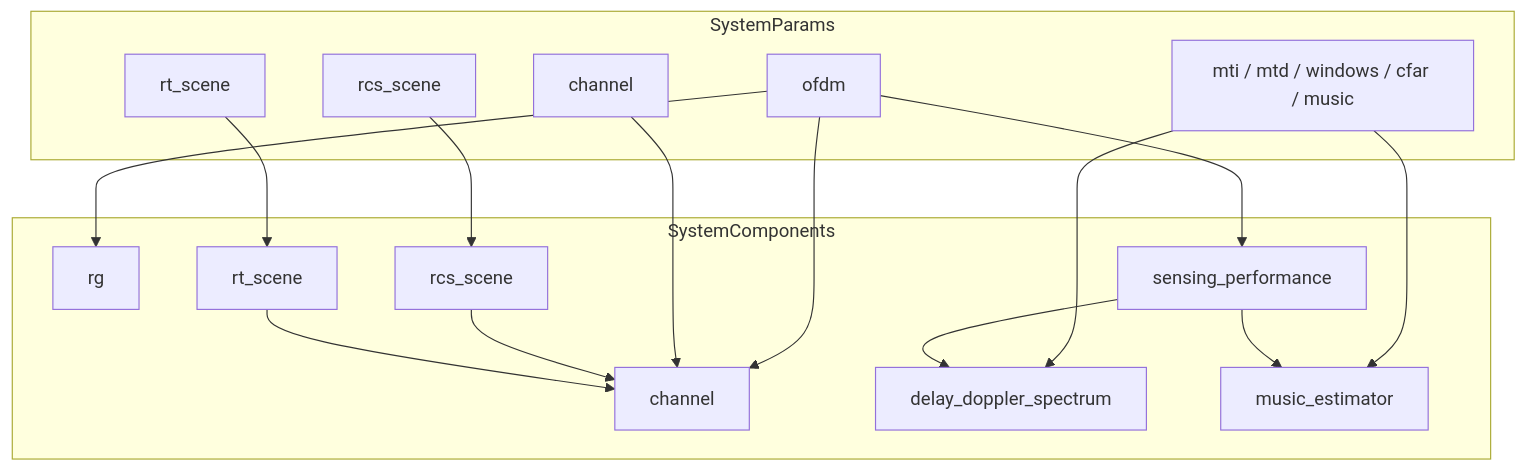
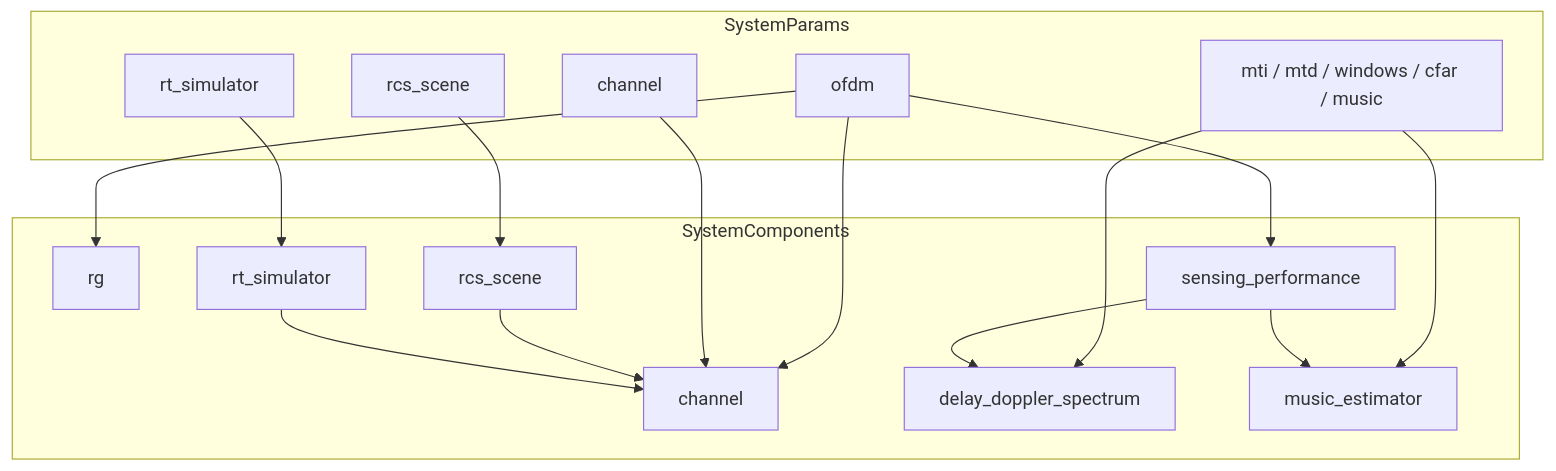
One commit to GitLinhp/isac changed the diagram in docs/system-components-structure.md. Above: the diagram before and after it, drawn with Mermaid. The commit also changed other lines of this file and 35 other files, not shown here.

````diff
--- a/docs/system-components-structure.md
+++ b/docs/system-components-structure.md
@@ -150,33 +150,33 @@
 ```mermaid
 flowchart TB
     subgraph params [SystemParams]
         ofdm_p[ofdm]
         ch_p[channel]
-        rt_p[rt_scene]
+        rt_p[rt_simulator]
         rcs_p[rcs_scene]
         sens_p[mti / mtd / windows / cfar / music]
     end
 
     subgraph comps [SystemComponents]
         rg[rg]
         ch[channel]
-        rt[rt_scene]
+        rt[rt_simulator]
         rcs[rcs_scene]
         sp[sensing_performance]
         dd[delay_doppler_spectrum]
         music[music_estimator]
     end
 
     ofdm_p --> rg
     ofdm_p --> ch
     ch_p --> ch
     rt_p --> rt
     rcs_p --> rcs
     rcs --> ch
     rt --> ch
     ofdm_p --> sp
     sens_p --> dd
     sens_p --> music
     sp --> dd
     sp --> music
 ```
````
